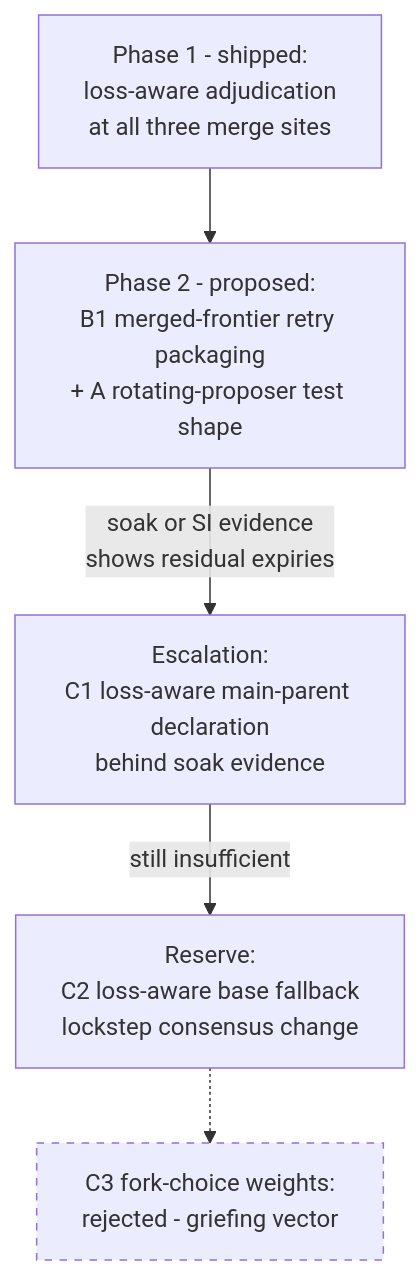
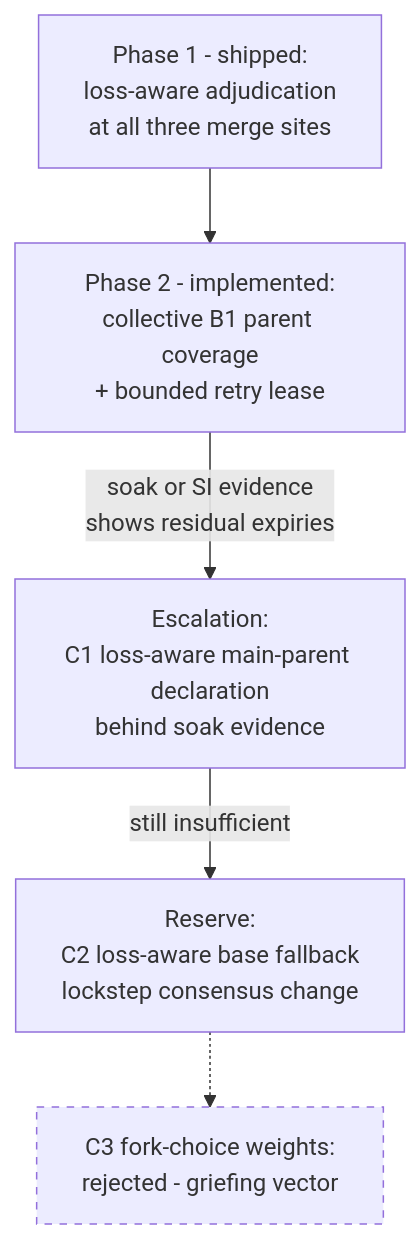
The diagram in docs/casper/CONSENSUS_PHILOSOPHY.md (F1R3FLY-io/f1r3node-rust), drawn with Mermaid before and after one commit. The commit also changed other lines of this file and 355 other files, not shown here.

````diff
--- a/docs/casper/CONSENSUS_PHILOSOPHY.md
+++ b/docs/casper/CONSENSUS_PHILOSOPHY.md
@@ -134,8 +139,8 @@
 ```mermaid
 flowchart TD
-    P1[Phase 1 - shipped:\nloss-aware adjudication\nat all three merge sites] --> B1[Phase 2 - proposed:\nB1 merged-frontier retry packaging\n+ A rotating-proposer test shape]
+    P1[Phase 1 - shipped:\nloss-aware adjudication\nat all three merge sites] --> B1[Phase 2 - implemented:\ncollective B1 parent coverage\n+ bounded retry lease]
     B1 -->|soak or SI evidence\nshows residual expiries| C1[Escalation:\nC1 loss-aware main-parent declaration\nbehind soak evidence]
     C1 -->|still insufficient| C2[Reserve:\nC2 loss-aware base fallback\nlockstep consensus change]
     C2 -.-> C3[C3 fork-choice weights:\nrejected - griefing vector]
     style C3 stroke-dasharray: 5 5
 ```
````
